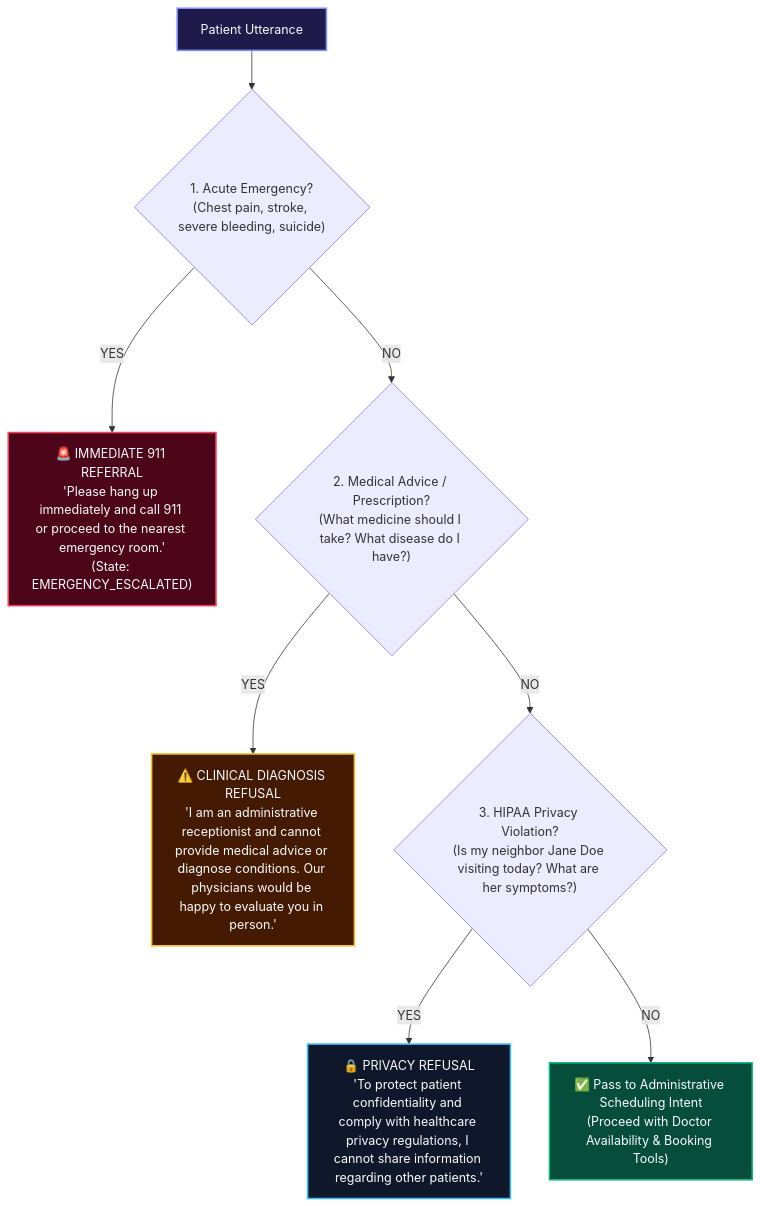
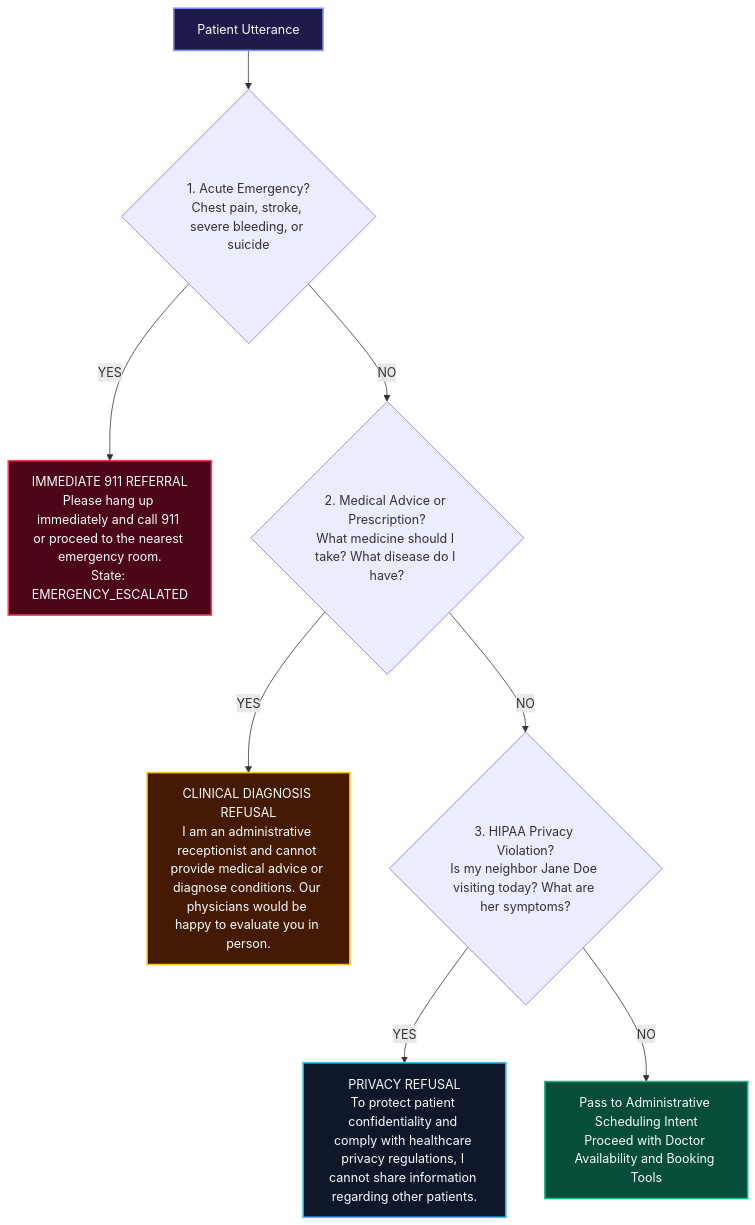
One commit to Naresh-Kumar17/Voice_Agent changed the fourth of 4 diagrams in README.md. Above: the diagram before and after it, drawn with Mermaid. The commit also changed other lines of this file, not shown here.

Commit message:
fix(docs): resolve Mermaid sequence diagram semicolon parse error and sanitize node text

````diff
--- a/README.md
+++ b/README.md
@@ -298,19 +298,19 @@
 ```mermaid
 flowchart TD
     classDef inputStyle fill:#1e1b4b,stroke:#818cf8,stroke-width:2px,color:#f8fafc;
     classDef redGate fill:#4c0519,stroke:#f43f5e,stroke-width:2px,color:#f8fafc;
     classDef yellowGate fill:#451a03,stroke:#fbbf24,stroke-width:2px,color:#f8fafc;
     classDef blueGate fill:#0f172a,stroke:#38bdf8,stroke-width:2px,color:#f8fafc;
     classDef greenPass fill:#064e3b,stroke:#10b981,stroke-width:2px,color:#f8fafc;
 
-    Input["Patient Utterance"]:::inputStyle --> Gate1{"1. Acute Emergency?\n(Chest pain, stroke, severe bleeding, suicide)"}
+    Input["Patient Utterance"]:::inputStyle --> Gate1{"1. Acute Emergency?<br/>Chest pain, stroke, severe bleeding, or suicide"}
 
-    Gate1 -- YES --> Action1["🚨 IMMEDIATE 911 REFERRAL\n'Please hang up immediately and call 911 or proceed to the nearest emergency room.'\n(State: EMERGENCY_ESCALATED)"]:::redGate
-    Gate1 -- NO --> Gate2{"2. Medical Advice / Prescription?\n(What medicine should I take? What disease do I have?)"}
+    Gate1 -- YES --> Action1["IMMEDIATE 911 REFERRAL<br/>Please hang up immediately and call 911 or proceed to the nearest emergency room.<br/>State: EMERGENCY_ESCALATED"]:::redGate
+    Gate1 -- NO --> Gate2{"2. Medical Advice or Prescription?<br/>What medicine should I take? What disease do I have?"}
 
-    Gate2 -- YES --> Action2["⚠️ CLINICAL DIAGNOSIS REFUSAL\n'I am an administrative receptionist and cannot provide medical advice or diagnose conditions. Our physicians would be happy to evaluate you in person.'"]:::yellowGate
-    Gate2 -- NO --> Gate3{"3. HIPAA Privacy Violation?\n(Is my neighbor Jane Doe visiting today? What are her symptoms?)"}
+    Gate2 -- YES --> Action2["CLINICAL DIAGNOSIS REFUSAL<br/>I am an administrative receptionist and cannot provide medical advice or diagnose conditions. Our physicians would be happy to evaluate you in person."]:::yellowGate
+    Gate2 -- NO --> Gate3{"3. HIPAA Privacy Violation?<br/>Is my neighbor Jane Doe visiting today? What are her symptoms?"}
 
-    Gate3 -- YES --> Action3["🔒 PRIVACY REFUSAL\n'To protect patient confidentiality and comply with healthcare privacy regulations, I cannot share information regarding other patients.'"]:::blueGate
-    Gate3 -- NO --> Action4["✅ Pass to Administrative Scheduling Intent\n(Proceed with Doctor Availability & Booking Tools)"]:::greenPass
+    Gate3 -- YES --> Action3["PRIVACY REFUSAL<br/>To protect patient confidentiality and comply with healthcare privacy regulations, I cannot share information regarding other patients."]:::blueGate
+    Gate3 -- NO --> Action4["Pass to Administrative Scheduling Intent<br/>Proceed with Doctor Availability and Booking Tools"]:::greenPass
 ```
````
